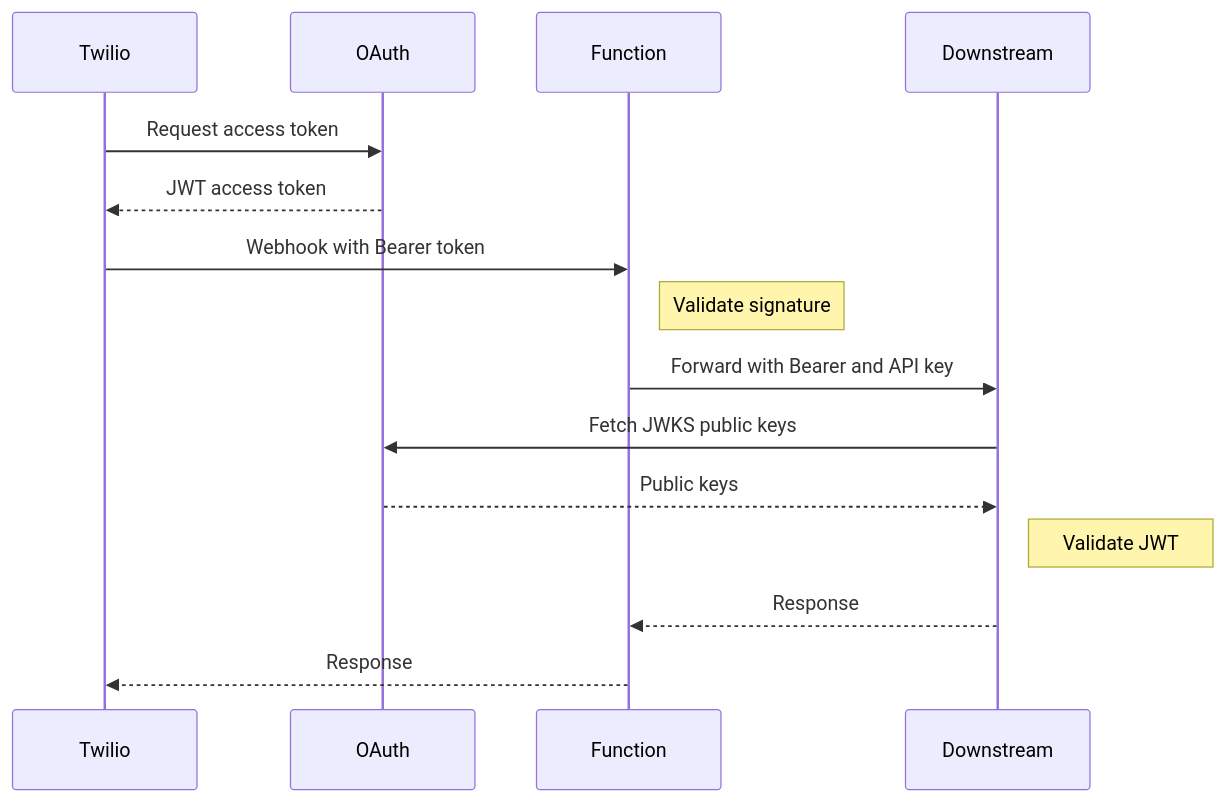
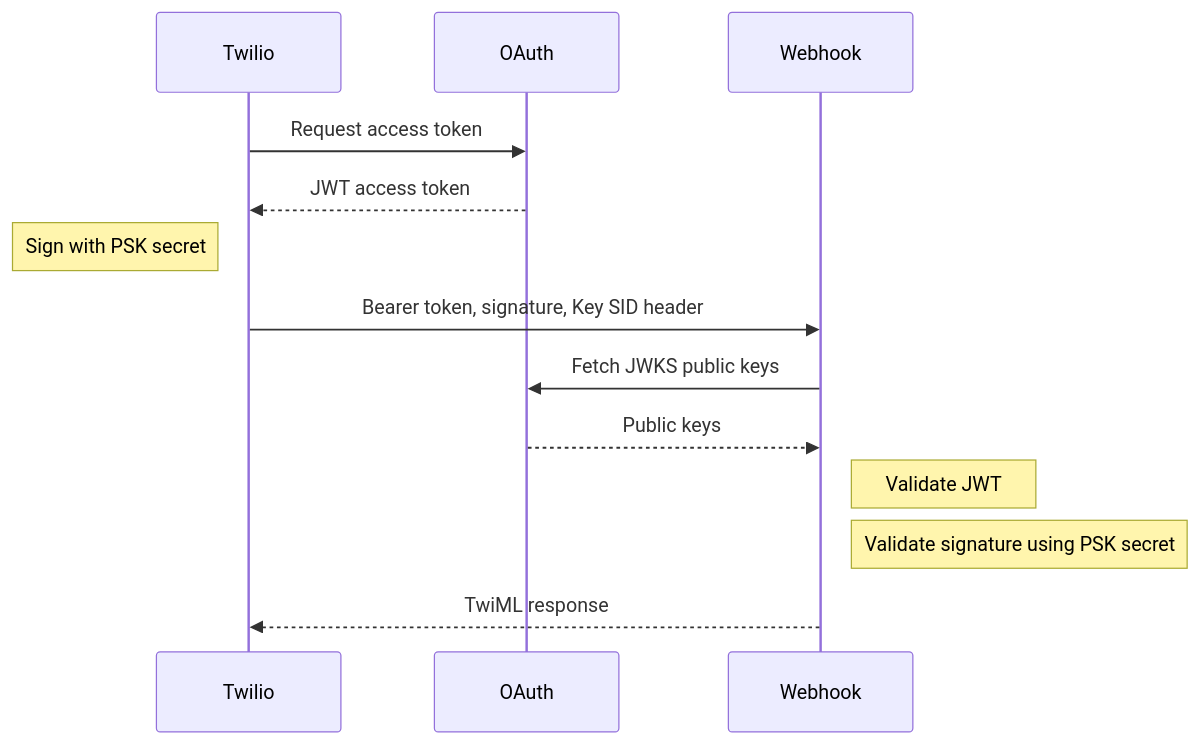
Before and after one commit to chaosloth/twilio-oauth-webhooks: the third of 3 diagrams in blog/twilio-oauth-webhooks.md, drawn with Mermaid. The commit also changed other lines of this file and 9 other files, not shown here.

````diff
--- a/blog/twilio-oauth-webhooks.md
+++ b/blog/twilio-oauth-webhooks.md
@@ -566,17 +575,15 @@
 ```mermaid
 sequenceDiagram
     participant Twilio
     participant OAuth
-    participant Function
-    participant Downstream
+    participant Webhook
     Twilio->>OAuth: Request access token
     OAuth-->>Twilio: JWT access token
-    Twilio->>Function: Webhook with Bearer token
-    Note right of Function: Validate signature
-    Function->>Downstream: Forward with Bearer and API key
-    Downstream->>OAuth: Fetch JWKS public keys
-    OAuth-->>Downstream: Public keys
-    Note right of Downstream: Validate JWT
-    Downstream-->>Function: Response
-    Function-->>Twilio: Response
+    Note left of Twilio: Sign with PSK secret
+    Twilio->>Webhook: Bearer token, signature, Key SID header
+    Webhook->>OAuth: Fetch JWKS public keys
+    OAuth-->>Webhook: Public keys
+    Note right of Webhook: Validate JWT
+    Note right of Webhook: Validate signature using PSK secret
+    Webhook-->>Twilio: TwiML response
 ```
````
